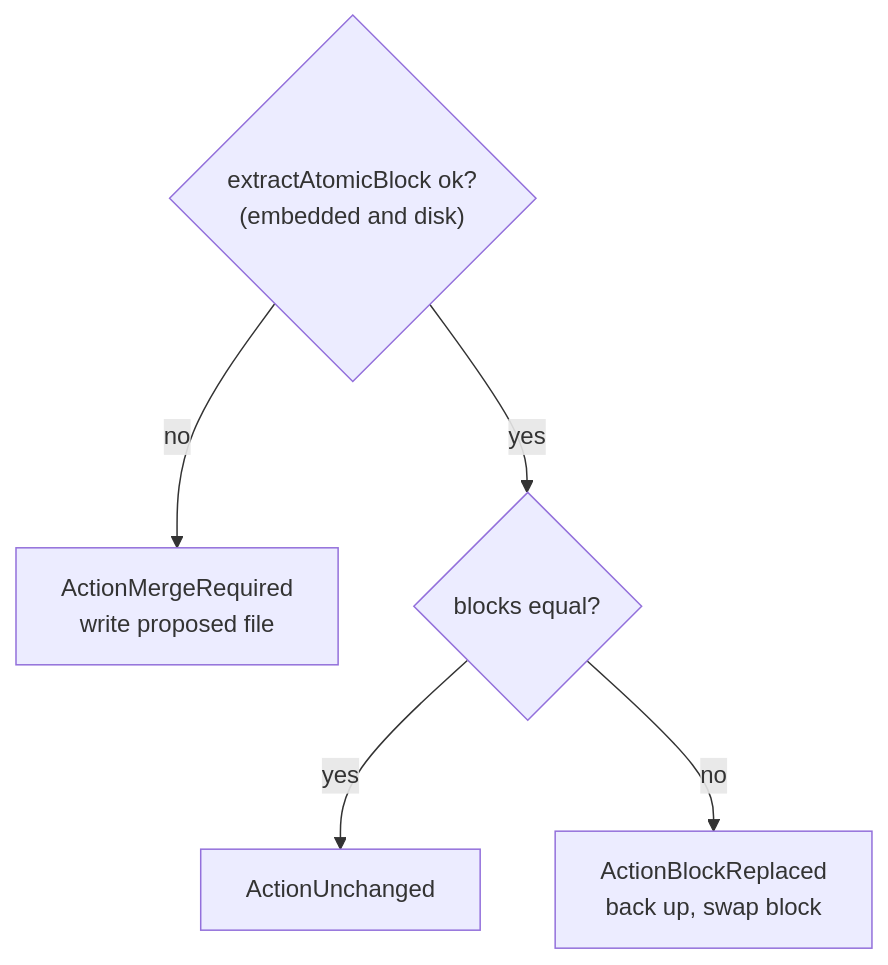
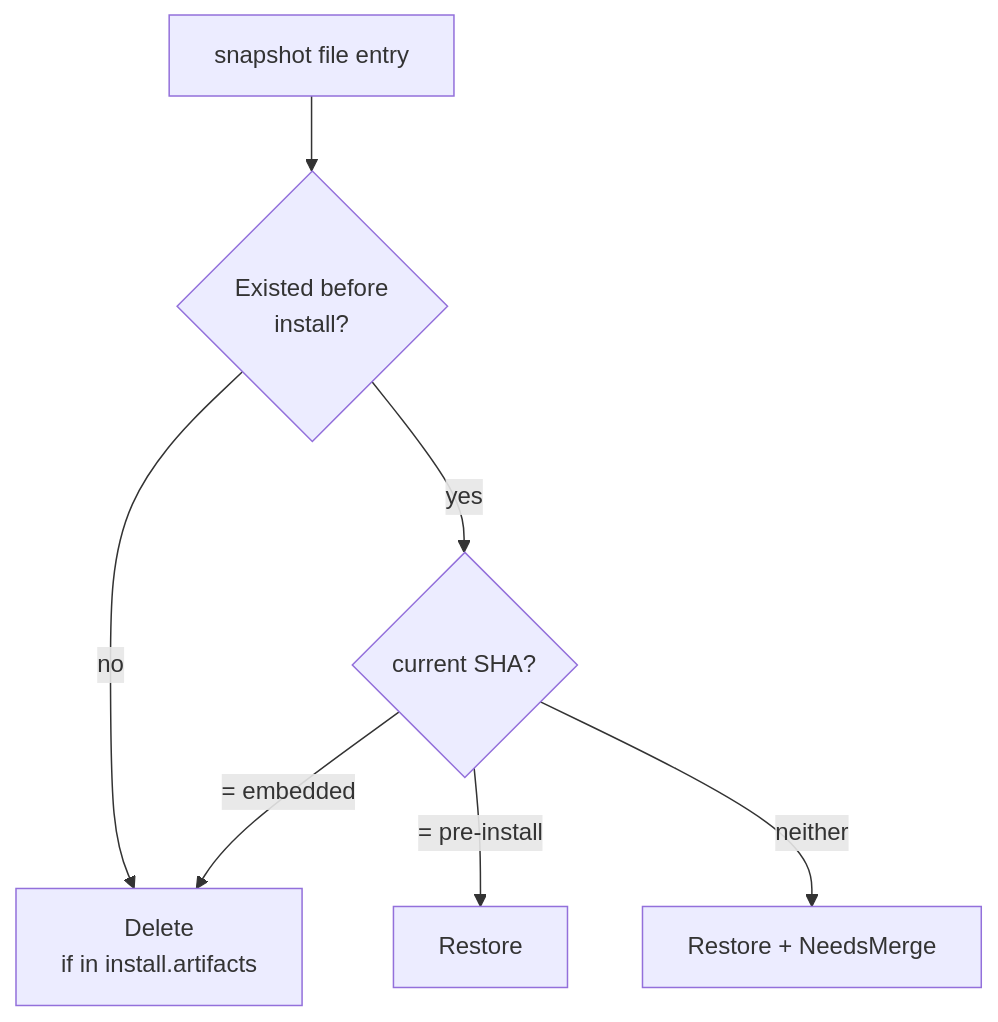
The fifth of 5 diagrams in docs/wiki/bundle.md (damusix/atomic-claude), drawn with Mermaid before and after one commit. The commit also changed other lines of this file and 795 other files, not shown here.

````diff
--- a/docs/wiki/bundle.md
+++ b/docs/wiki/bundle.md
@@ -175,8 +206,10 @@
 ```mermaid
 flowchart TD
-    %% source: atomic/internal/claudeinstall/install.go (planArtifact), atomic/internal/claudeinstall/atomicblock.go
-    E{"extractAtomicBlock ok?<br/>(embedded and disk)"} -->|no| MR["ActionMergeRequired<br/>write proposed file"]
-    E -->|yes| F{"blocks equal?"}
-    F -->|yes| U["ActionUnchanged"]
-    F -->|no| BR["ActionBlockReplaced<br/>back up, swap block"]
+    %% source: atomic/internal/claudeinstall/uninstall.go
+    F["snapshot file entry"] --> X{"Existed before<br/>install?"}
+    X -->|no| DEL["Delete<br/>if in install.artifacts"]
+    X -->|yes| S{"current SHA?"}
+    S -->|"= pre-install"| RS["Restore"]
+    S -->|"= embedded"| DEL
+    S -->|"neither"| RM["Restore + NeedsMerge"]
 ```
````
